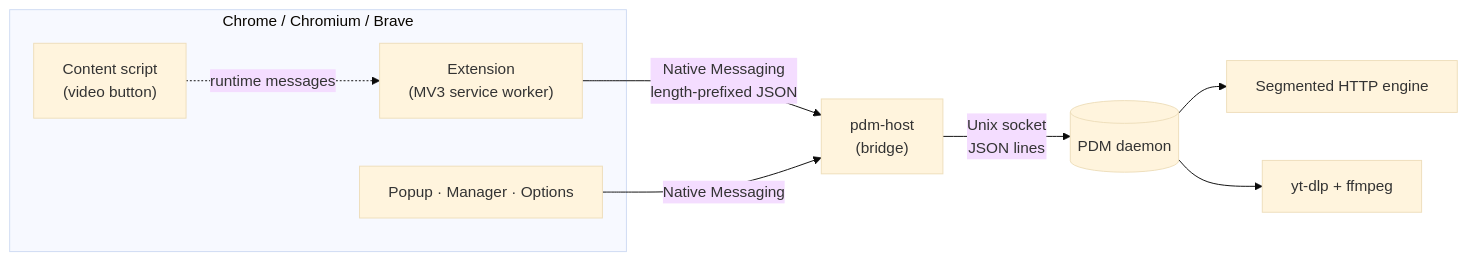
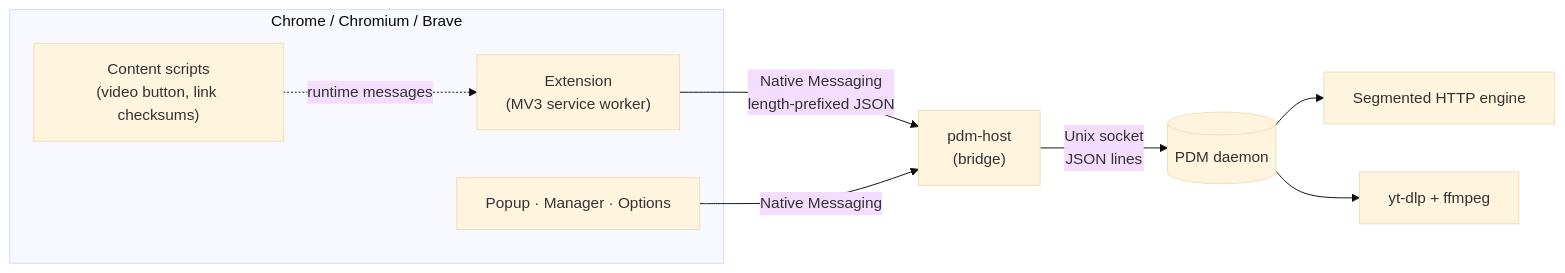
The diagram in README.md (dbvrnylh/pdm-download-manager), drawn with Mermaid (base theme) before and after one commit. The commit also changed other lines of this file and 14 other files, not shown here.

````diff
--- a/README.md
+++ b/README.md
@@ -163,14 +167,14 @@
 ```mermaid
 flowchart LR
   subgraph Browser["Chrome / Chromium / Brave"]
     SW["Extension<br/>(MV3 service worker)"]
     UI["Popup · Manager · Options"]
-    CS["Content script<br/>(video button)"]
+    CS["Content scripts<br/>(video button, link checksums)"]
   end
   SW -- "Native Messaging<br/>length-prefixed JSON" --> H["pdm-host<br/>(bridge)"]
   UI -- "Native Messaging" --> H
   CS -. "runtime messages" .-> SW
   H -- "Unix socket<br/>JSON lines" --> D[("PDM daemon")]
   D --> HTTP["Segmented HTTP engine"]
   D --> Y["yt-dlp + ffmpeg"]
 ```
````
